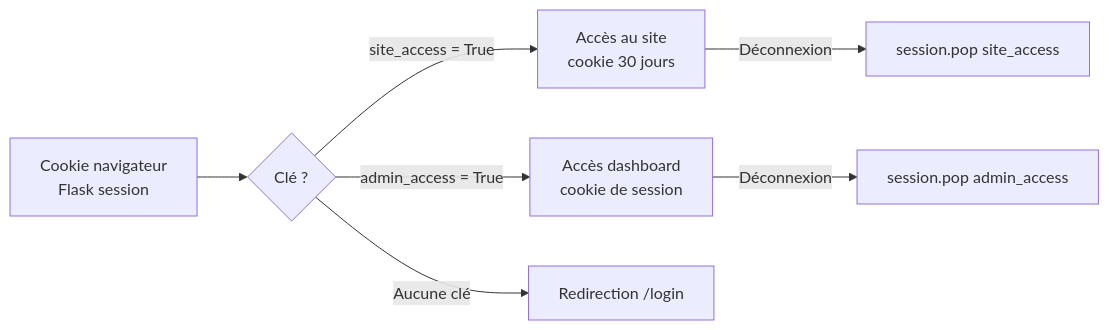
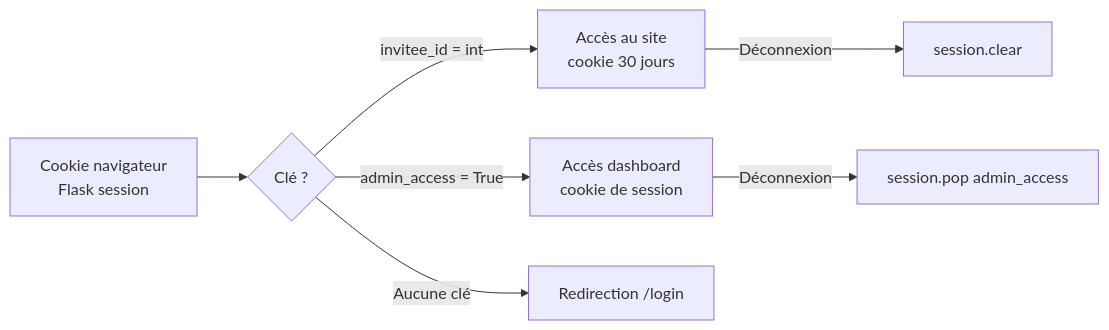
Before and after one commit to queezzy/wedding_project: the third of 4 diagrams in docs/TECHNICAL.md, drawn with Mermaid. The commit also changed other lines of this file and 3 other files, not shown here.

````diff
--- a/docs/TECHNICAL.md
+++ b/docs/TECHNICAL.md
@@ -120,9 +121,9 @@
 ```mermaid
 graph LR
     A[Cookie navigateur\nFlask session] --> B{Clé ?}
-    B -->|site_access = True| C[Accès au site\ncookie 30 jours]
+    B -->|invitee_id = int| C[Accès au site\ncookie 30 jours]
     B -->|admin_access = True| D[Accès dashboard\ncookie de session]
     B -->|Aucune clé| E[Redirection /login]
-    C -->|Déconnexion| F[session.pop site_access]
+    C -->|Déconnexion| F[session.clear]
     D -->|Déconnexion| G[session.pop admin_access]
 ```
````
